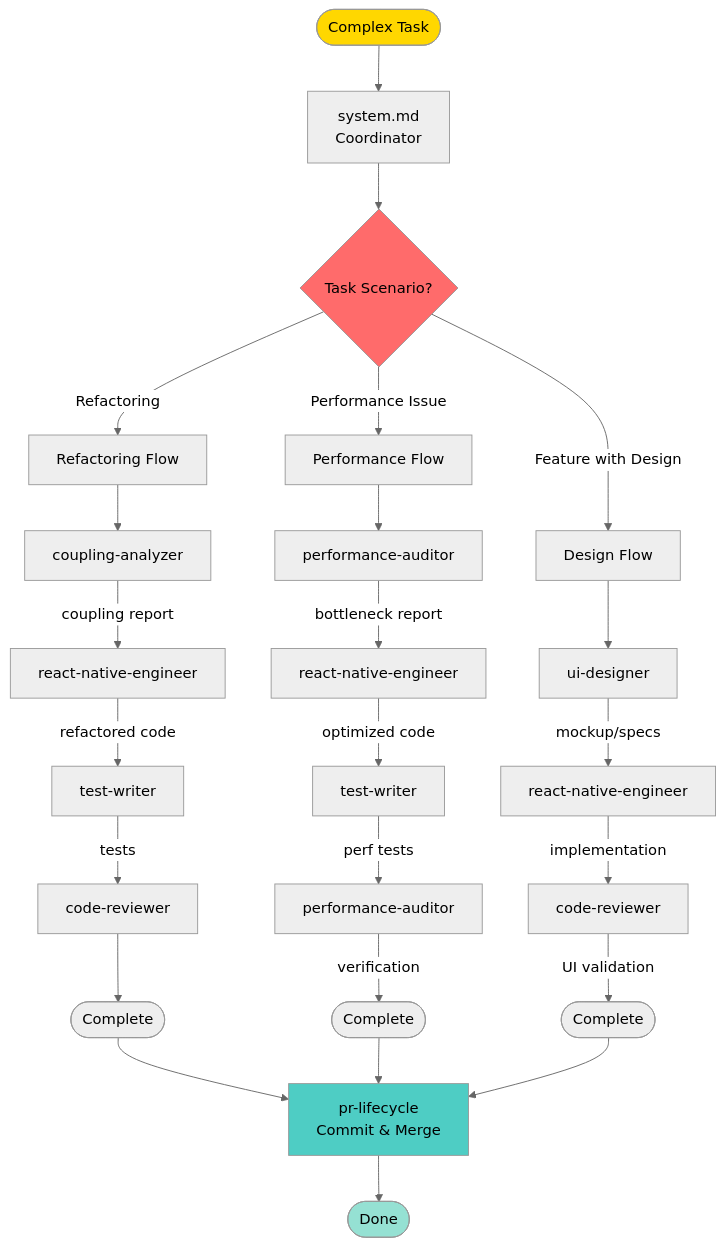
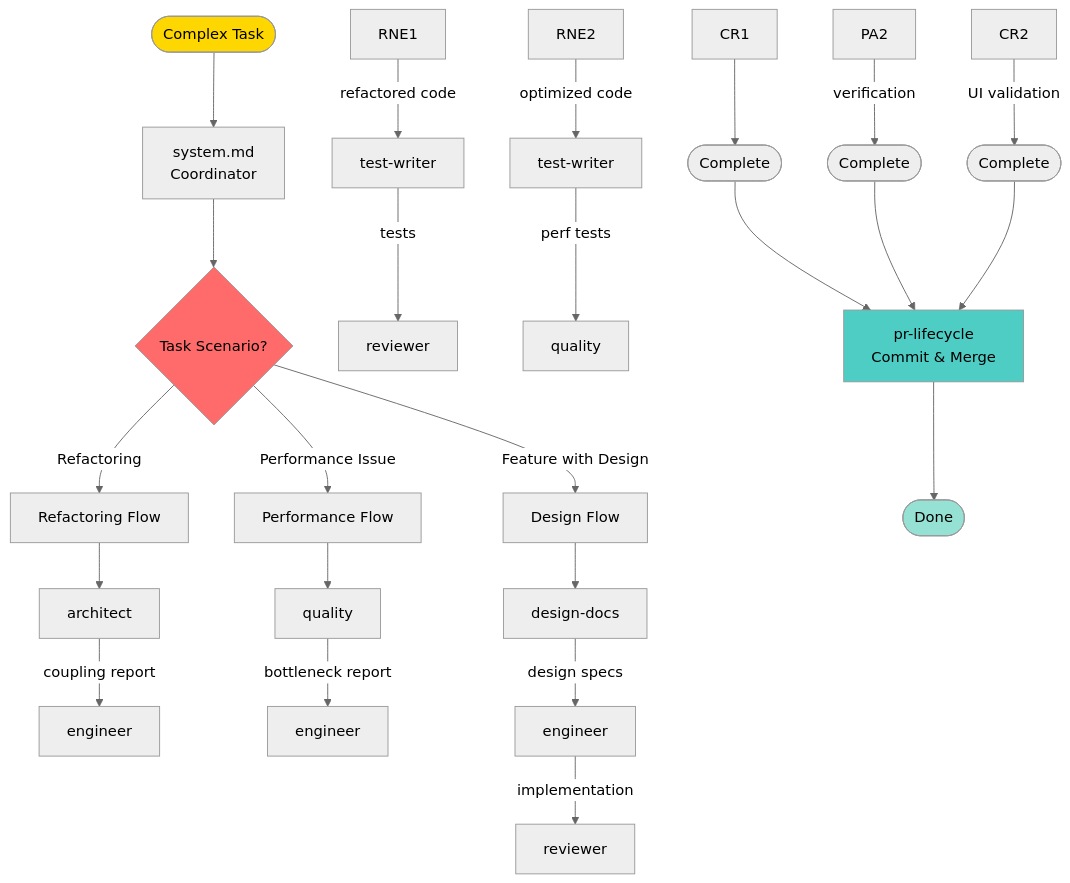
The sixth of 10 diagrams in .ai/docs/architecture.md (eugenioduarte/FUSE), drawn with Mermaid (neutral theme) before and after one commit. The commit also changed other lines of this file and 40 other files, not shown here.

````diff
--- a/.ai/docs/architecture.md
+++ b/.ai/docs/architecture.md
@@ -400,38 +383,38 @@
 ```mermaid
 flowchart TD
     Start([Complex Task]) --> Coordinator[system.md<br/>Coordinator]
 
     Coordinator --> Scenario{Task Scenario?}
 
     Scenario -->|Refactoring| RefactorFlow[Refactoring Flow]
     Scenario -->|Performance Issue| PerfFlow[Performance Flow]
     Scenario -->|Feature with Design| DesignFlow[Design Flow]
 
-    RefactorFlow --> CA[coupling-analyzer]
-    CA --> |coupling report| RNE1[react-native-engineer]
+    RefactorFlow --> AR[architect]
+    AR --> |coupling report| ENG1[engineer]
     RNE1 --> |refactored code| TW1[test-writer]
-    TW1 --> |tests| CR1[code-reviewer]
+    TW1 --> |tests| REV1[reviewer]
     CR1 --> RefactorEnd([Complete])
 
-    PerfFlow --> PA[performance-auditor]
-    PA --> |bottleneck report| RNE2[react-native-engineer]
+    PerfFlow --> QL[quality]
+    QL --> |bottleneck report| ENG2[engineer]
     RNE2 --> |optimized code| TW2[test-writer]
-    TW2 --> |perf tests| PA2[performance-auditor]
+    TW2 --> |perf tests| QL2[quality]
     PA2 --> |verification| PerfEnd([Complete])
 
-    DesignFlow --> UID[ui-designer]
-    UID --> |mockup/specs| RNE3[react-native-engineer]
-    RNE3 --> |implementation| CR2[code-reviewer]
+    DesignFlow --> DD[design-docs]
+    DD --> |design specs| ENG3[engineer]
+    ENG3 --> |implementation| REV2[reviewer]
     CR2 --> |UI validation| DesignEnd([Complete])
 
     RefactorEnd --> Commit[pr-lifecycle<br/>Commit & Merge]
     PerfEnd --> Commit
     DesignEnd --> Commit
 
     Commit --> Final([Done])
 
     style Start fill:#FFD700
     style Scenario fill:#FF6B6B
     style Commit fill:#4ECDC4
     style Final fill:#95E1D3
 ```
````
